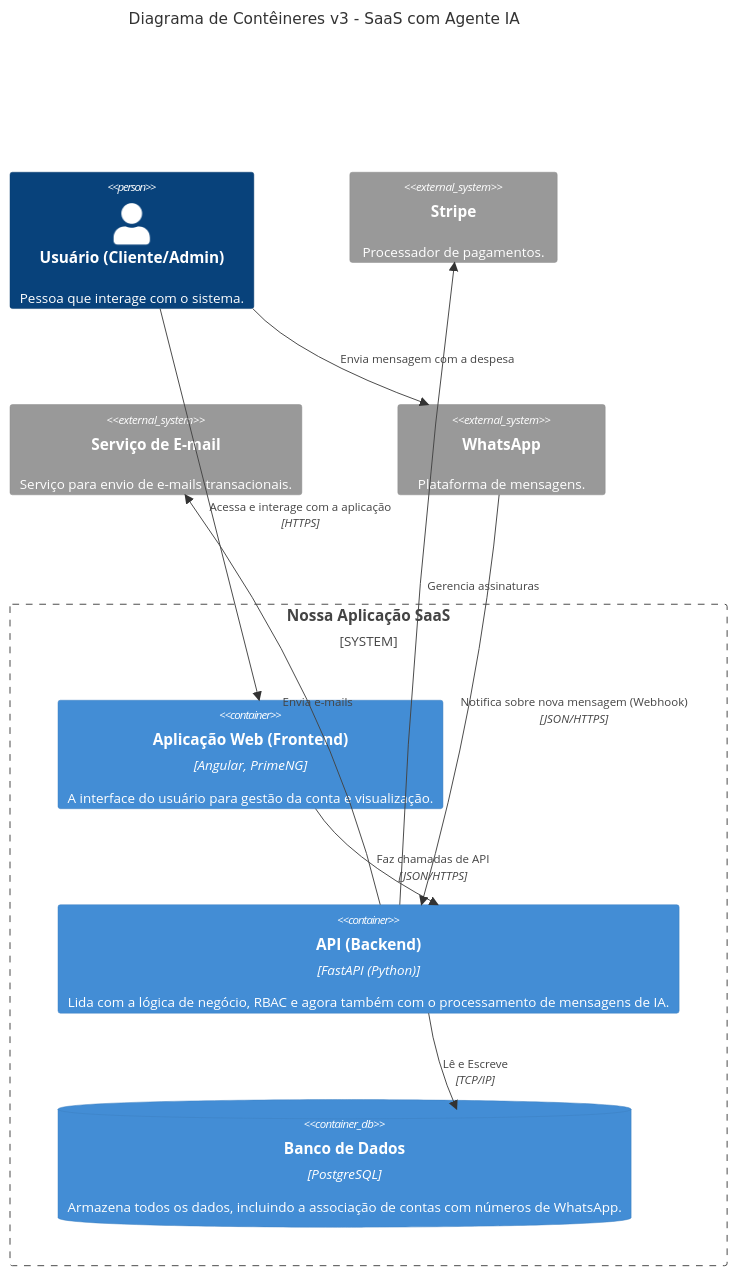
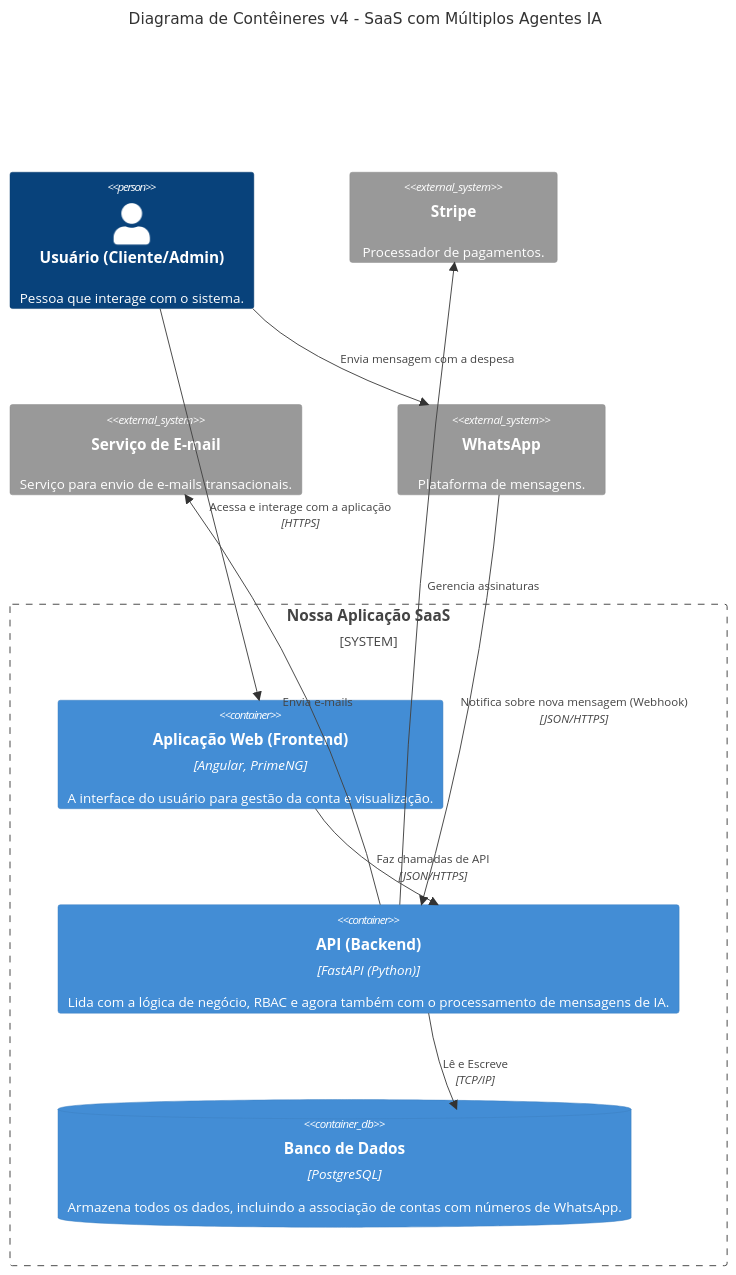
One commit to Carlos6464/saas-despesas changed the second of 3 diagrams in README.md. Above: the diagram before and after it, drawn with Mermaid. The commit also changed other lines of this file, not shown here.

````diff
--- a/README.md
+++ b/README.md
@@ -73,29 +73,29 @@
 ```mermaid
 C4Container
-  title Diagrama de Contêineres v3 - SaaS com Agente IA
+  title Diagrama de Contêineres v4 - SaaS com Múltiplos Agentes IA
   
   Person(usuario, "Usuário (Cliente/Admin)", "Pessoa que interage com o sistema.")
 
   System_Ext(stripe, "Stripe", "Processador de pagamentos.")
   System_Ext(email_service, "Serviço de E-mail", "Serviço para envio de e-mails transacionais.")
   System_Ext(whatsapp, "WhatsApp", "Plataforma de mensagens.")
 
   System_Boundary(c1, "Nossa Aplicação SaaS") {
     Container(frontend, "Aplicação Web (Frontend)", "Angular, PrimeNG", "A interface do usuário para gestão da conta e visualização.")
     Container(backend, "API (Backend)", "FastAPI (Python)", "Lida com a lógica de negócio, RBAC e agora também com o processamento de mensagens de IA.")
     ContainerDb(db, "Banco de Dados", "PostgreSQL", "Armazena todos os dados, incluindo a associação de contas com números de WhatsApp.")
   }
 
   %% Fluxos
   Rel(usuario, frontend, "Acessa e interage com a aplicação", "HTTPS")
   Rel(frontend, backend, "Faz chamadas de API", "JSON/HTTPS")
   Rel(backend, db, "Lê e Escreve", "TCP/IP")
   Rel(backend, email_service, "Envia e-mails")
   Rel(backend, stripe, "Gerencia assinaturas")
   
   %% Fluxo do Agente IA
   Rel(usuario, whatsapp, "Envia mensagem com a despesa")
   Rel(whatsapp, backend, "Notifica sobre nova mensagem (Webhook)", "JSON/HTTPS")
 
   UpdateLayoutConfig($c4ShapeInRow="3", $c4BoundaryInRow="1")
 ```
````
